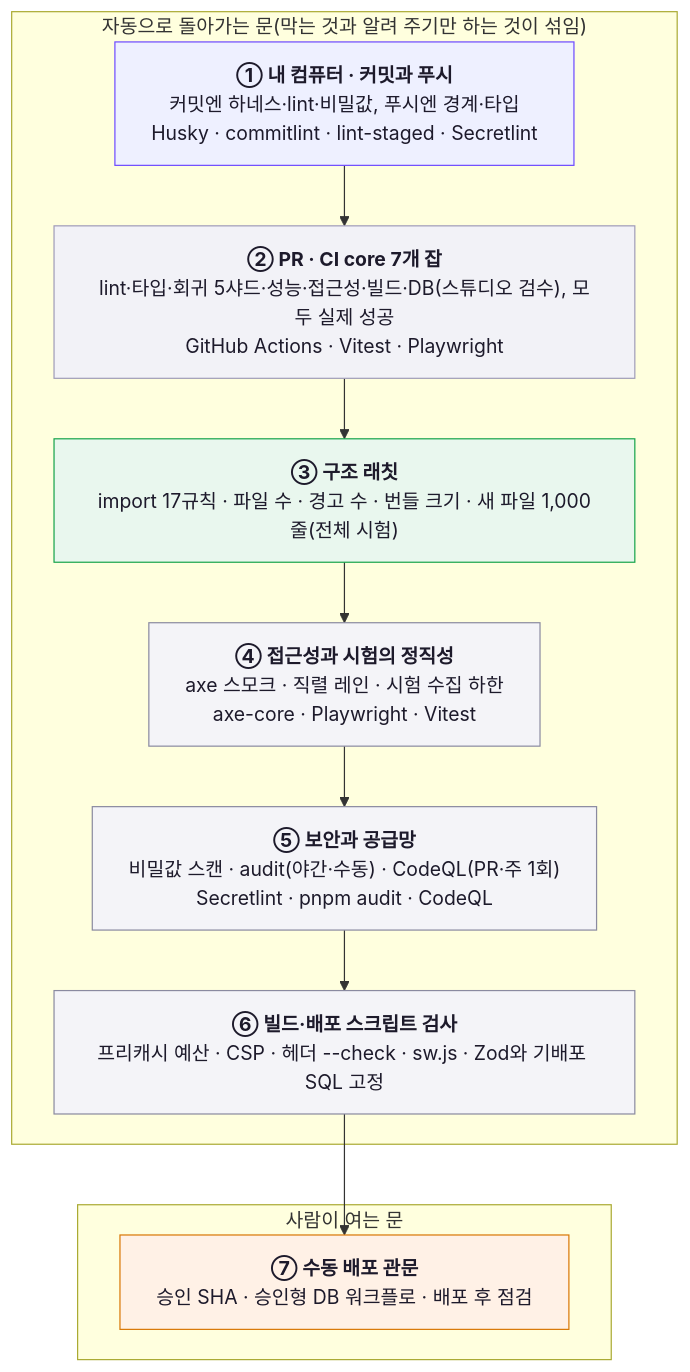
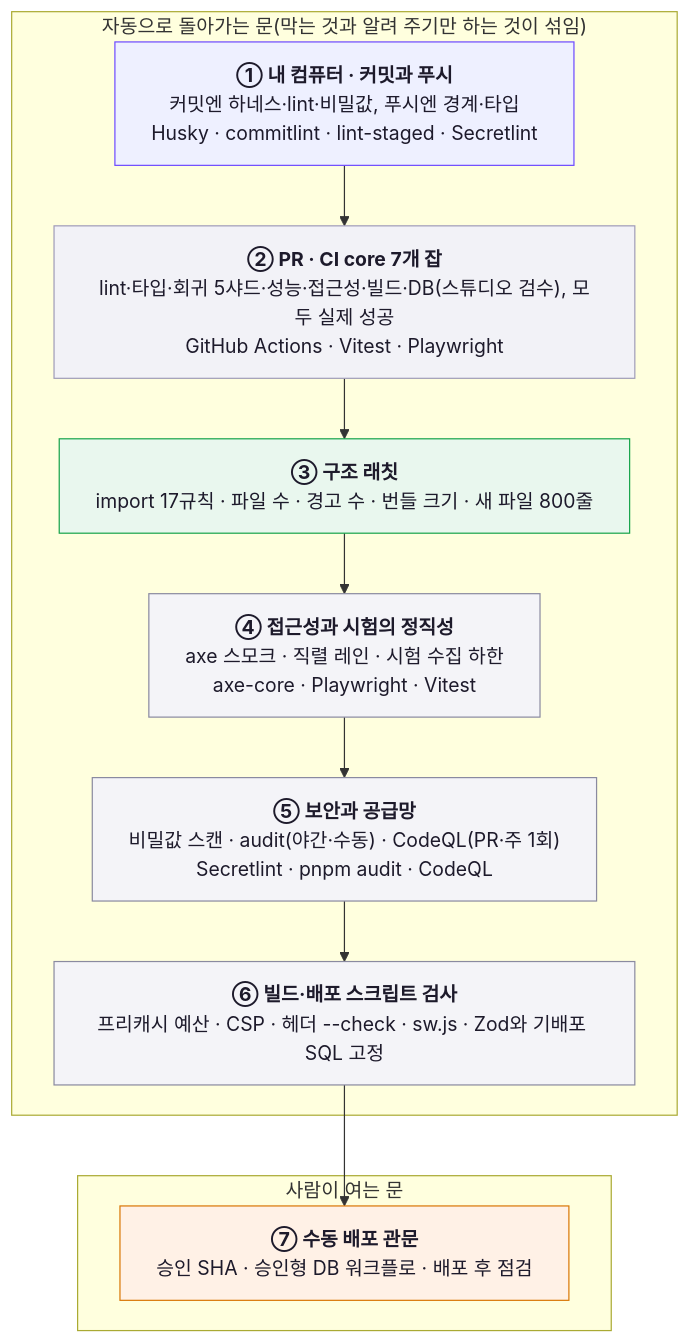
One commit to blue45f/toonstudio changed diagram 12 of 13 in docs/technology/engineering-architecture.md. Above: the diagram before and after it, drawn with Mermaid. The commit also changed 8 other files, not shown here.

````diff
--- a/docs/technology/engineering-architecture.md
+++ b/docs/technology/engineering-architecture.md
@@ -690,35 +690,35 @@
 ```mermaid
 %%{init: {"flowchart": {"wrappingWidth": 420}}}%%
 flowchart TB
   hooks["<b>① 내 컴퓨터 · 커밋과 푸시</b><br/>커밋엔 하네스·lint·비밀값, 푸시엔 경계·타입<br/>Husky · commitlint · lint-staged · Secretlint"]
   ci["<b>② PR · CI core 7개 잡</b><br/>lint·타입·회귀 5샤드·성능·접근성·빌드·DB(스튜디오 검수), 모두 실제 성공<br/>GitHub Actions · Vitest · Playwright"]
-  ratchet["<b>③ 구조 래칫</b><br/>import 17규칙 · 파일 수 · 경고 수 · 번들 크기 · 새 파일 1,000줄(전체 시험)"]
+  ratchet["<b>③ 구조 래칫</b><br/>import 17규칙 · 파일 수 · 경고 수 · 번들 크기 · 새 파일 800줄"]
   tests["<b>④ 접근성과 시험의 정직성</b><br/>axe 스모크 · 직렬 레인 · 시험 수집 하한<br/>axe-core · Playwright · Vitest"]
   security["<b>⑤ 보안과 공급망</b><br/>비밀값 스캔 · audit(야간·수동) · CodeQL(PR·주 1회)<br/>Secretlint · pnpm audit · CodeQL"]
   build["<b>⑥ 빌드·배포 스크립트 검사</b><br/>프리캐시 예산 · CSP · 헤더 --check · sw.js · Zod와 기배포 SQL 고정"]
   manual["<b>⑦ 수동 배포 관문</b><br/>승인 SHA · 승인형 DB 워크플로 · 배포 후 점검"]
   hooks --> ci
   ci --> ratchet
   ratchet --> tests
   tests --> security
   security --> build
   build --> manual
   style hooks fill:#eef0ff,stroke:#6d4aff,color:#1d1a2b
   style ci fill:#f2f2f7,stroke:#a09cb8,color:#1d1a2b
   style ratchet fill:#e9f7ee,stroke:#16a34a,color:#1d1a2b
   style tests fill:#f4f4f8,stroke:#8a8aa0,color:#1d1a2b
   style security fill:#f4f4f8,stroke:#8a8aa0,color:#1d1a2b
   style build fill:#f4f4f8,stroke:#8a8aa0,color:#1d1a2b
   style manual fill:#fff1e6,stroke:#d97706,color:#1d1a2b
   subgraph bracket1["자동으로 돌아가는 문(막는 것과 알려 주기만 하는 것이 섞임)"]
     hooks
     ci
     ratchet
     tests
     security
     build
   end
   subgraph bracket2["사람이 여는 문"]
     manual
   end
 ```
````
